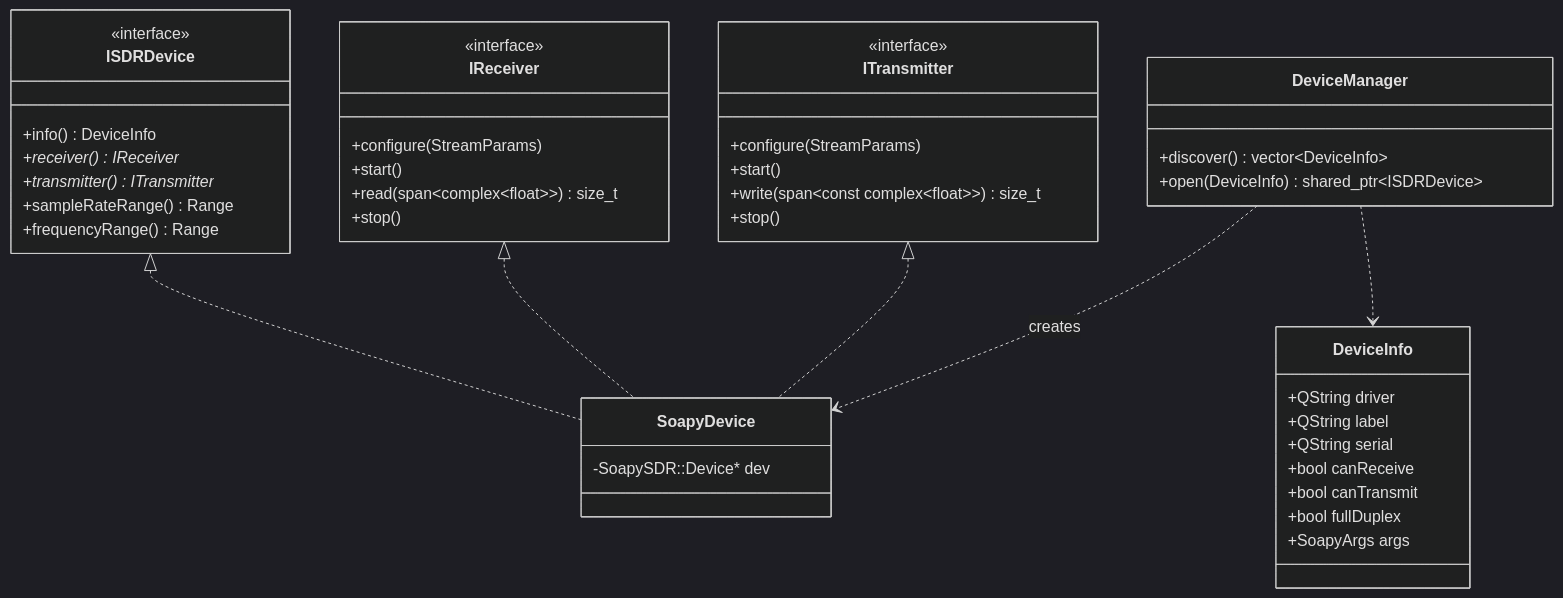
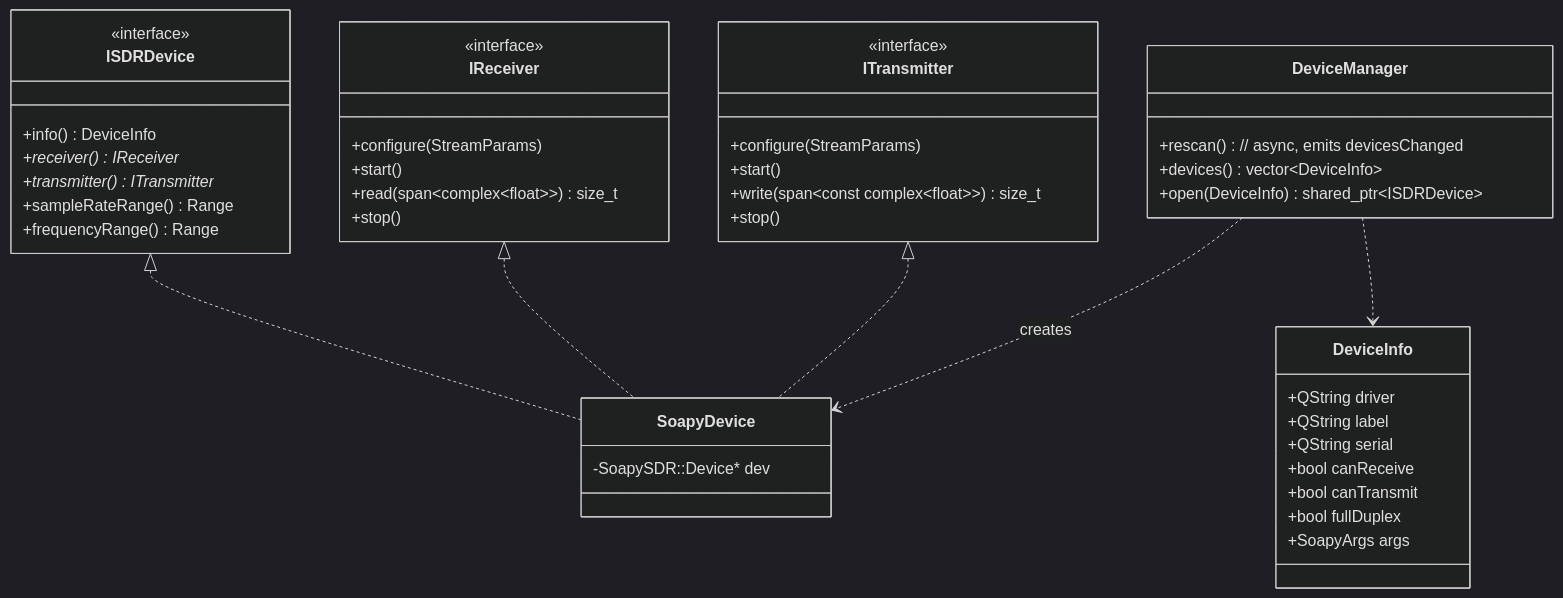
Before and after one commit to Forsrobin/DualityRF: the diagram in docs/ARCHITECTURE.md, drawn with Mermaid (dark theme). The commit also changed other lines of this file and 4 other files, not shown here.

````diff
--- a/docs/ARCHITECTURE.md
+++ b/docs/ARCHITECTURE.md
@@ -75,52 +76,53 @@
 ```mermaid
 classDiagram
     class DeviceInfo {
         +QString driver
         +QString label
         +QString serial
         +bool canReceive
         +bool canTransmit
         +bool fullDuplex
         +SoapyArgs args
     }
 
     class ISDRDevice {
         <<interface>>
         +info() DeviceInfo
         +receiver() IReceiver*
         +transmitter() ITransmitter*
         +sampleRateRange() Range
         +frequencyRange() Range
     }
 
     class IReceiver {
         <<interface>>
         +configure(StreamParams)
         +start()
         +read(span~complex~float~~) size_t
         +stop()
     }
 
     class ITransmitter {
         <<interface>>
         +configure(StreamParams)
         +start()
         +write(span~const complex~float~~) size_t
         +stop()
     }
 
     class DeviceManager {
-        +discover() vector~DeviceInfo~
+        +rescan()  // async, emits devicesChanged
+        +devices() vector~DeviceInfo~
         +open(DeviceInfo) shared_ptr~ISDRDevice~
     }
 
     class SoapyDevice {
         -SoapySDR::Device* dev
     }
 
     ISDRDevice <|.. SoapyDevice
     IReceiver  <|.. SoapyDevice
     ITransmitter <|.. SoapyDevice
     DeviceManager ..> SoapyDevice : creates
     DeviceManager ..> DeviceInfo
 ```
````
